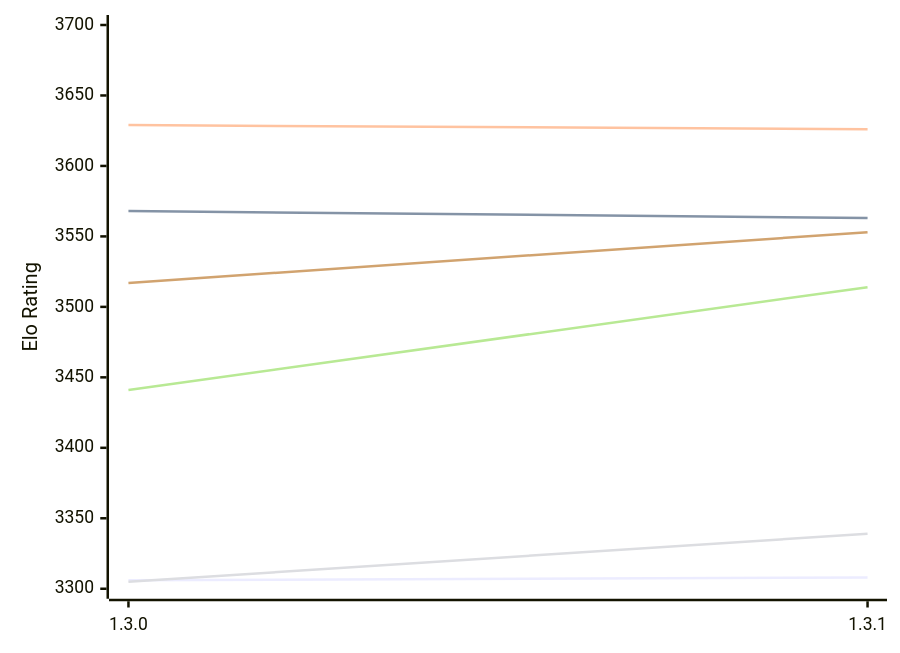
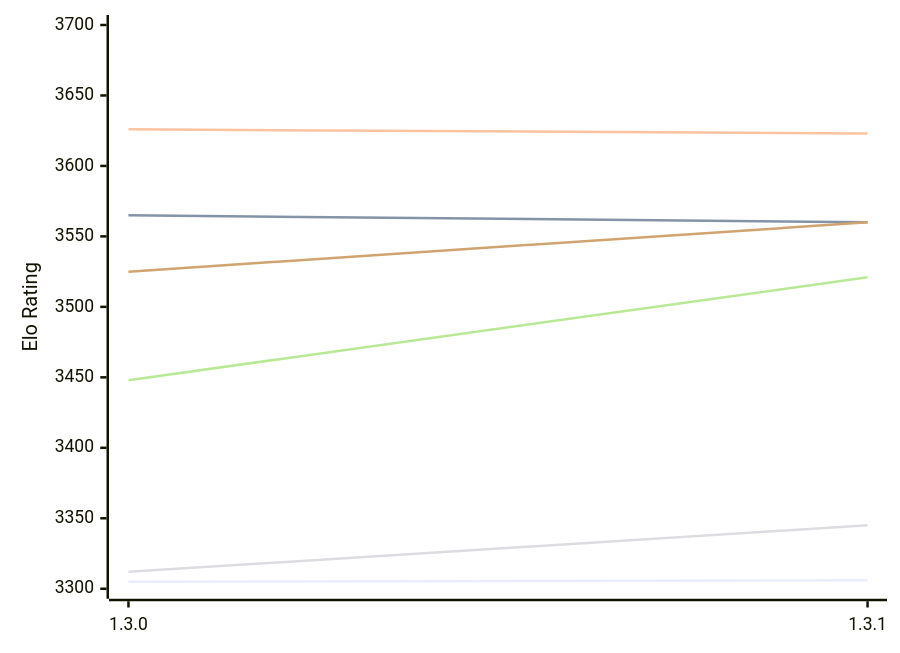
One commit to computer-chess-index/cci changed the first of 2 diagrams in engines/Renegade.md. Above: the diagram before and after it, drawn with Mermaid. The commit also changed other lines of this file, not shown here.

Commit message:
Update CCI Ratings (ELO VLTC) - 2026-11-23

````diff
--- a/engines/Renegade.md
+++ b/engines/Renegade.md
@@ -50,12 +50,12 @@
 ```mermaid
 %%{init: {"theme":"base","themeVariables":{"seriesColors:['#a3a3a3','#222221','#faa371']}}}%%
 xychart-beta
   x-axis ["1.3.0", "1.3.1"]
   y-axis "Elo Rating" 3300 --> 3700
-  line "E1: STC (8.0+0.08s)" [3306, 3308]
-  line "E1: LTC (60.0+0.60s)" [3568, 3563]
-  line "E1: VLTC (2m24s+1.12s)" [3629, 3626]
-  line "P1: STC (8.0+0.08s)" [3305, 3339]
-  line "P1: LTC (60.0+0.60s)" [3441, 3514]
-  line "P1: VLTC (2m24s+1.12s)" [3517, 3553]
+  line "E1: STC (8.0+0.08s)" [3305, 3306]
+  line "E1: LTC (60.0+0.60s)" [3565, 3560]
+  line "E1: VLTC (2m24s+1.12s)" [3626, 3623]
+  line "P1: STC (8.0+0.08s)" [3312, 3345]
+  line "P1: LTC (60.0+0.60s)" [3448, 3521]
+  line "P1: VLTC (2m24s+1.12s)" [3525, 3560]
 ```
````
